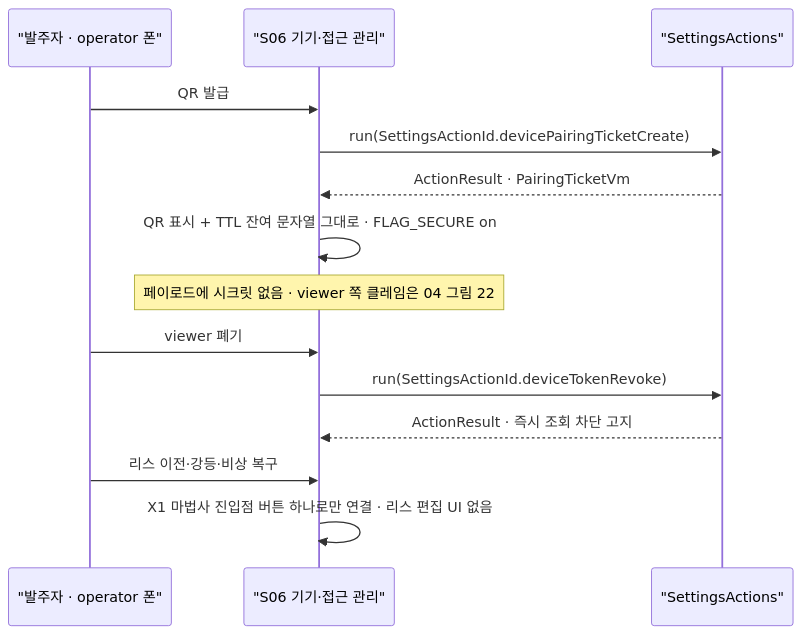
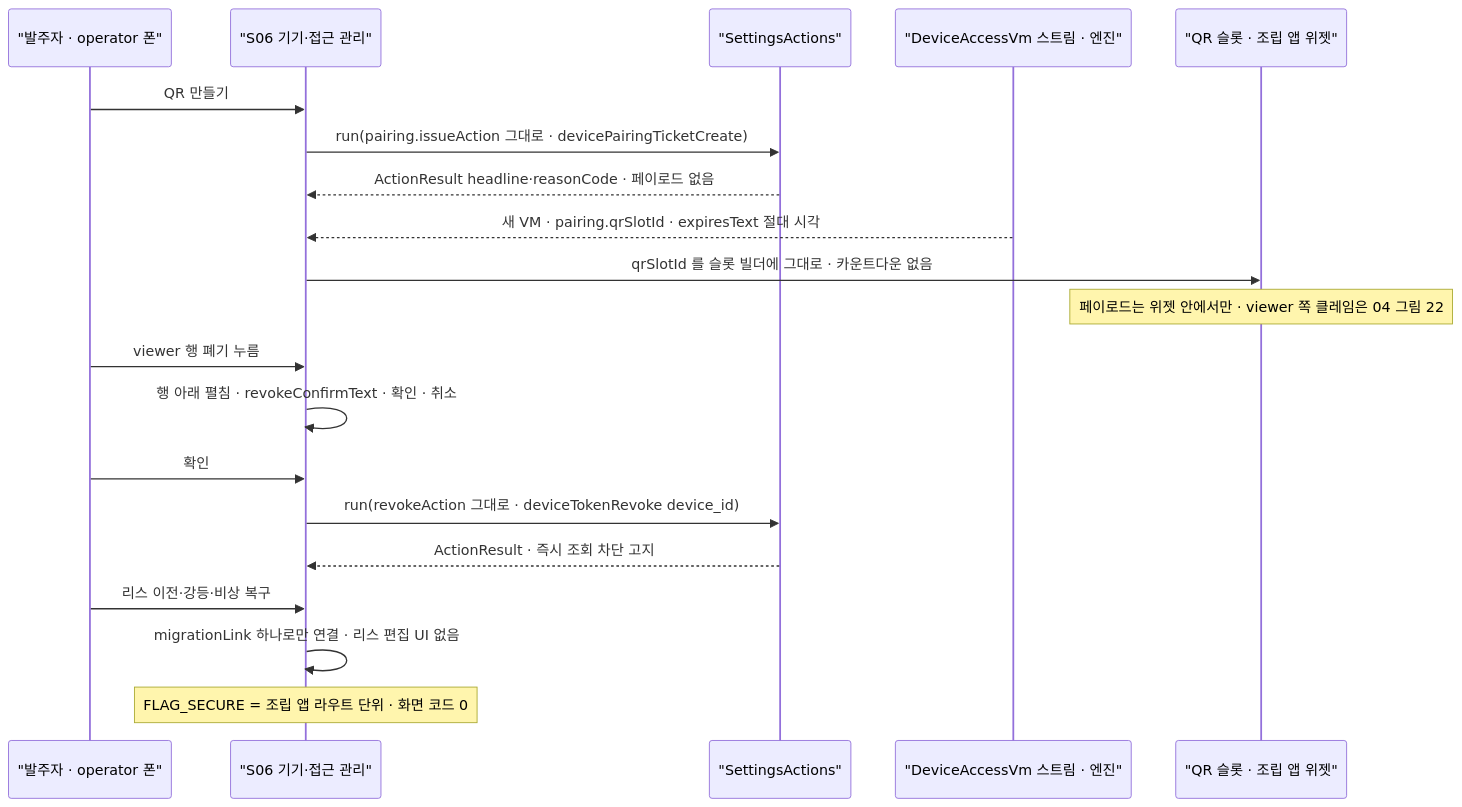
Before and after one commit to billybeom/AutoAlphaQuant: diagram 15 of 24 in docs/ai-context/05_화면명세_M9_설정_관리자.md, drawn with Mermaid. The commit also changed other lines of this file and 3 other files, not shown here.

````diff
--- a/docs/ai-context/05_화면명세_M9_설정_관리자.md
+++ b/docs/ai-context/05_화면명세_M9_설정_관리자.md
@@ -604,16 +609,22 @@
 ```mermaid
 sequenceDiagram
   participant U as "발주자 · operator 폰"
   participant S06 as "S06 기기·접근 관리"
   participant SA as "SettingsActions"
-  U->>S06: QR 발급
-  S06->>SA: run(SettingsActionId.devicePairingTicketCreate)
-  SA-->>S06: ActionResult · PairingTicketVm
-  S06->>S06: QR 표시 + TTL 잔여 문자열 그대로 · FLAG_SECURE on
-  Note over S06: 페이로드에 시크릿 없음 · viewer 쪽 클레임은 04 그림 22
-  U->>S06: viewer 폐기
-  S06->>SA: run(SettingsActionId.deviceTokenRevoke)
+  participant VM as "DeviceAccessVm 스트림 · 엔진"
+  participant QR as "QR 슬롯 · 조립 앱 위젯"
+  U->>S06: QR 만들기
+  S06->>SA: run(pairing.issueAction 그대로 · devicePairingTicketCreate)
+  SA-->>S06: ActionResult headline·reasonCode · 페이로드 없음
+  VM-->>S06: 새 VM · pairing.qrSlotId · expiresText 절대 시각
+  S06->>QR: qrSlotId 를 슬롯 빌더에 그대로 · 카운트다운 없음
+  Note over QR: 페이로드는 위젯 안에서만 · viewer 쪽 클레임은 04 그림 22
+  U->>S06: viewer 행 폐기 누름
+  S06->>S06: 행 아래 펼침 · revokeConfirmText · 확인 · 취소
+  U->>S06: 확인
+  S06->>SA: run(revokeAction 그대로 · deviceTokenRevoke device_id)
   SA-->>S06: ActionResult · 즉시 조회 차단 고지
   U->>S06: 리스 이전·강등·비상 복구
-  S06->>S06: X1 마법사 진입점 버튼 하나로만 연결 · 리스 편집 UI 없음
+  S06->>S06: migrationLink 하나로만 연결 · 리스 편집 UI 없음
+  Note over S06: FLAG_SECURE = 조립 앱 라우트 단위 · 화면 코드 0
 ```
````
